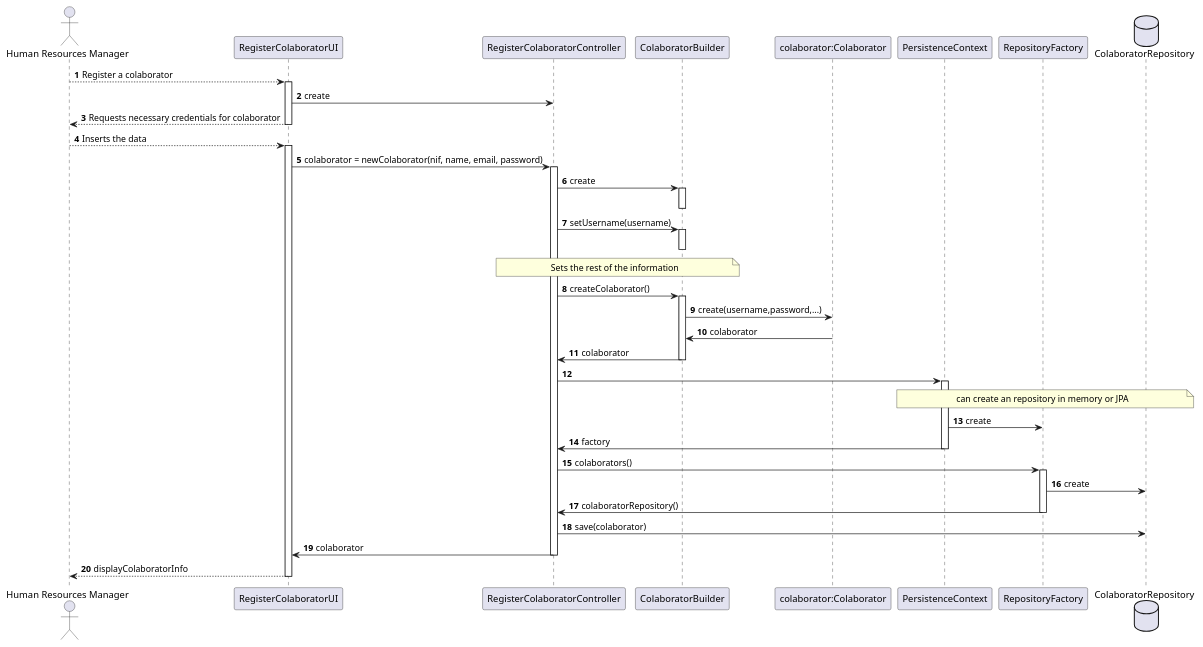
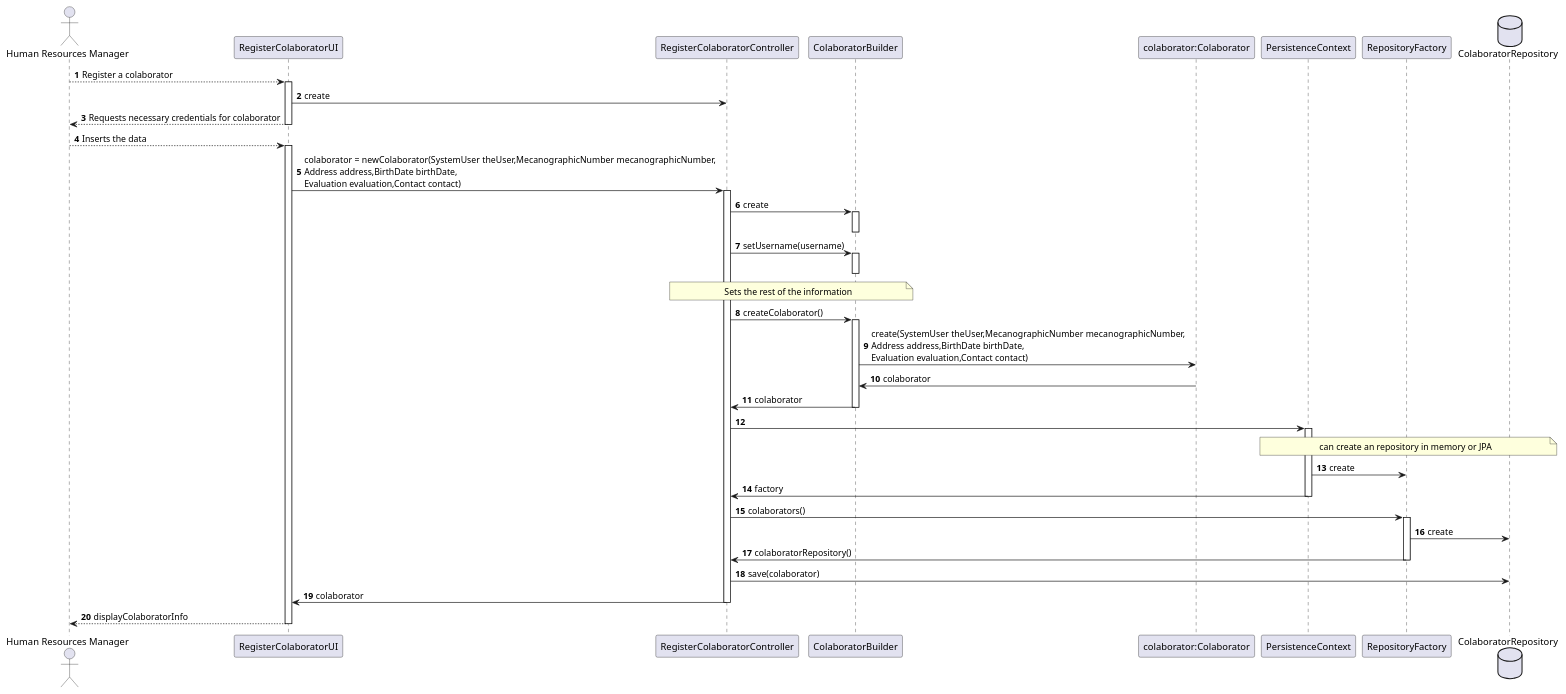
One commit to aMarquesFerreira/lei_20_21_s4_faculdade changed the diagram in docs/Sprint B/RegisterAnColaborator/RegisterAnColaborator_SD.puml. Above: the diagram before and after it, drawn with PlantUML. The commit also changed 6 other files, not shown here.

```diff
--- a/docs/Sprint B/RegisterAnColaborator/RegisterAnColaborator_SD.puml
+++ b/docs/Sprint B/RegisterAnColaborator/RegisterAnColaborator_SD.puml
@@ -1,67 +1,67 @@
 @startuml
 autonumber
 
 actor "Human Resources Manager" as HRM
 
 participant "RegisterColaboratorUI" as UI
 participant "RegisterColaboratorController" as CTRL
 participant "ColaboratorBuilder" as CB
 participant "colaborator:Colaborator" as CC
 participant "PersistenceContext" as PC
 participant "RepositoryFactory" as RF
 
 
 database "ColaboratorRepository" as CR
 
 HRM --> UI : Register a colaborator
 activate UI
     UI -> CTRL : create
     UI --> HRM : Requests necessary credentials for colaborator
 deactivate UI
 
 HRM --> UI : Inserts the data
 activate UI
-    UI -> CTRL : colaborator = newColaborator(nif, name, email, password)
+    UI -> CTRL : colaborator = newColaborator(SystemUser theUser,MecanographicNumber mecanographicNumber,\nAddress address,BirthDate birthDate,\nEvaluation evaluation,Contact contact)
     activate CTRL
         CTRL -> CB: create
         activate CB
         deactivate CB
 
         CTRL -> CB: setUsername(username)
         activate CB
         deactivate CB
 
 note over CTRL, CB : Sets the rest of the information
 
 
         CTRL -> CB: createColaborator()
         activate CB
-                CB -> CC: create(username,password,...)
+                CB -> CC: create(SystemUser theUser,MecanographicNumber mecanographicNumber,\nAddress address,BirthDate birthDate,\nEvaluation evaluation,Contact contact)
                 CC -> CB: colaborator
                 CB -> CTRL: colaborator
         deactivate CB
 
         CTRL -> PC:
         activate PC
         note over PC, CR : can create an repository in memory or JPA
          PC->RF: create
          PC->CTRL: factory
 
         deactivate PC
 
         CTRL->RF:colaborators()
         activate RF
         RF->CR:create
         RF->CTRL:colaboratorRepository()
         deactivate RF
 
         CTRL->CR:save(colaborator)
 
         CTRL->UI:colaborator
     deactivate CTRL
 
     UI --> HRM : displayColaboratorInfo
 deactivate UI
 
 
 @enduml
```
